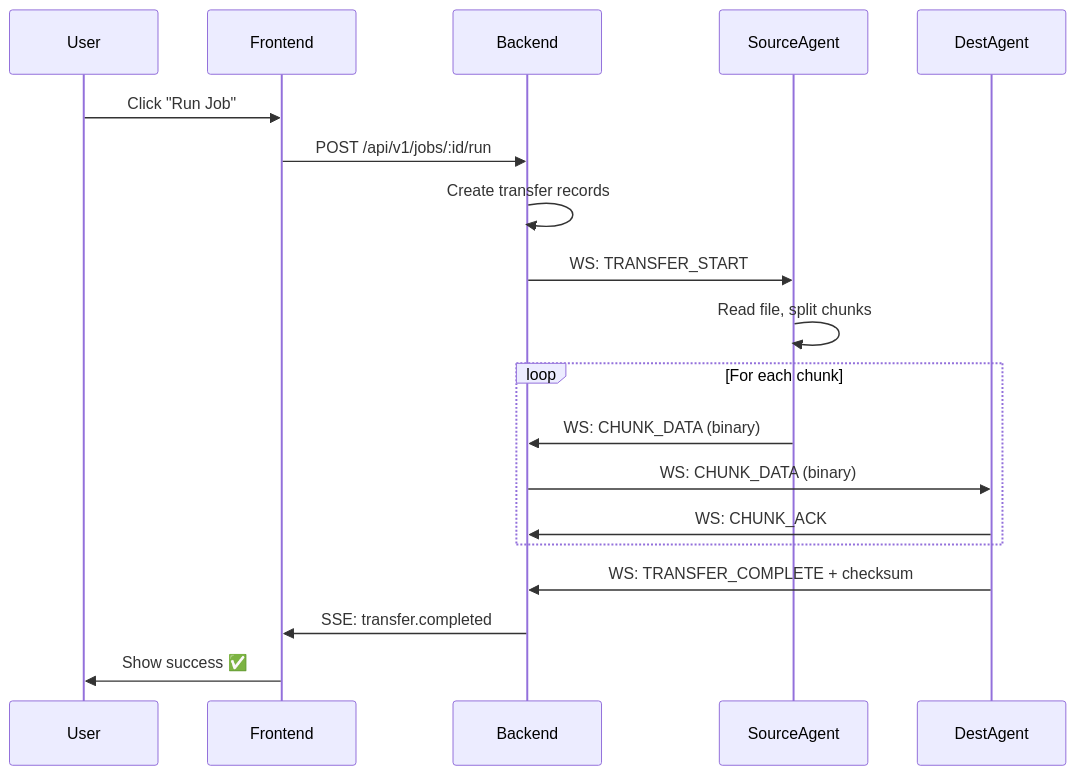
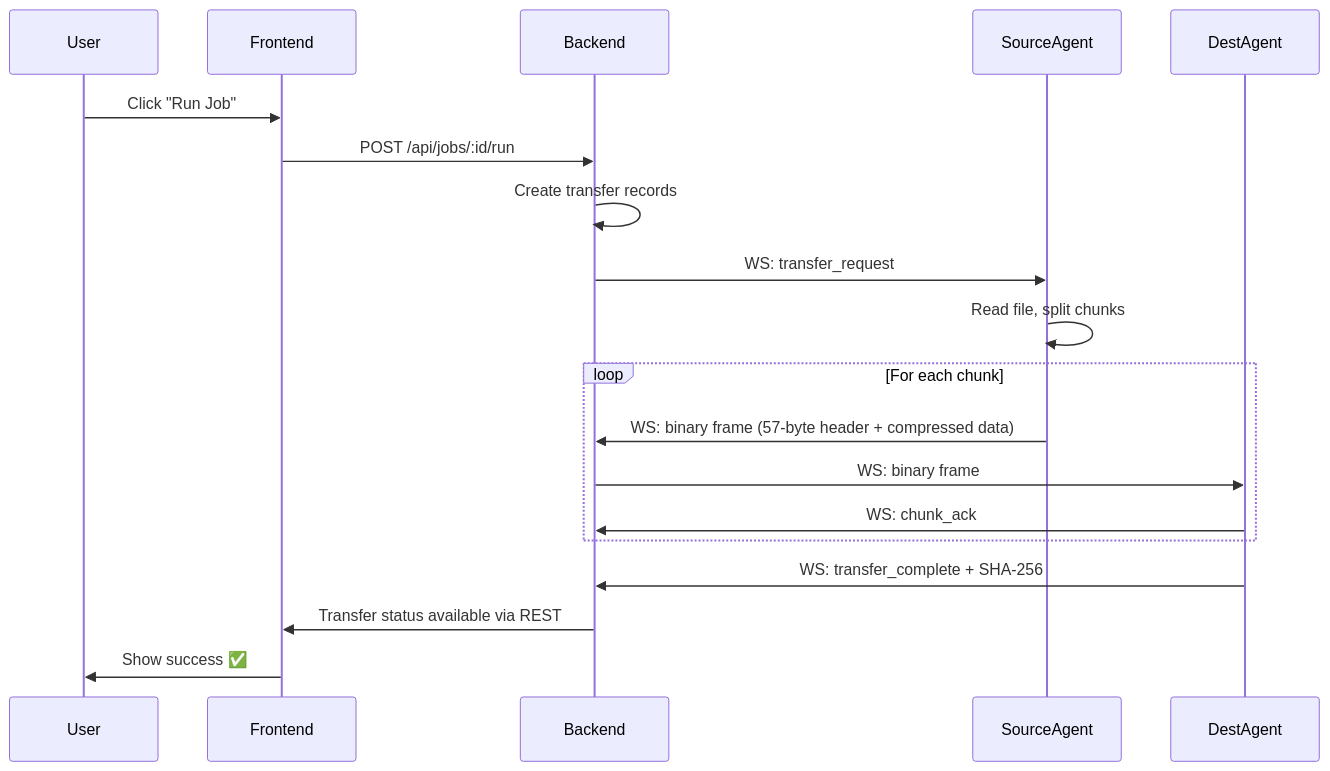
The second of 2 diagrams in assets/mkdocs/architecture/overview.md (stefanposs/file-flux), drawn with Mermaid before and after one commit. The commit also changed other lines of this file and 26 other files, not shown here.

````diff
--- a/assets/mkdocs/architecture/overview.md
+++ b/assets/mkdocs/architecture/overview.md
@@ -54,22 +55,22 @@
 ```mermaid
 sequenceDiagram
     participant User
     participant Frontend
     participant Backend
     participant SourceAgent
     participant DestAgent
 
     User->>Frontend: Click "Run Job"
-    Frontend->>Backend: POST /api/v1/jobs/:id/run
+    Frontend->>Backend: POST /api/jobs/:id/run
     Backend->>Backend: Create transfer records
-    Backend->>SourceAgent: WS: TRANSFER_START
+    Backend->>SourceAgent: WS: transfer_request
     SourceAgent->>SourceAgent: Read file, split chunks
     loop For each chunk
-        SourceAgent->>Backend: WS: CHUNK_DATA (binary)
-        Backend->>DestAgent: WS: CHUNK_DATA (binary)
-        DestAgent->>Backend: WS: CHUNK_ACK
+        SourceAgent->>Backend: WS: binary frame (57-byte header + compressed data)
+        Backend->>DestAgent: WS: binary frame
+        DestAgent->>Backend: WS: chunk_ack
     end
-    DestAgent->>Backend: WS: TRANSFER_COMPLETE + checksum
-    Backend->>Frontend: SSE: transfer.completed
+    DestAgent->>Backend: WS: transfer_complete + SHA-256
+    Backend->>Frontend: Transfer status available via REST
     Frontend->>User: Show success ✅
 ```
````
